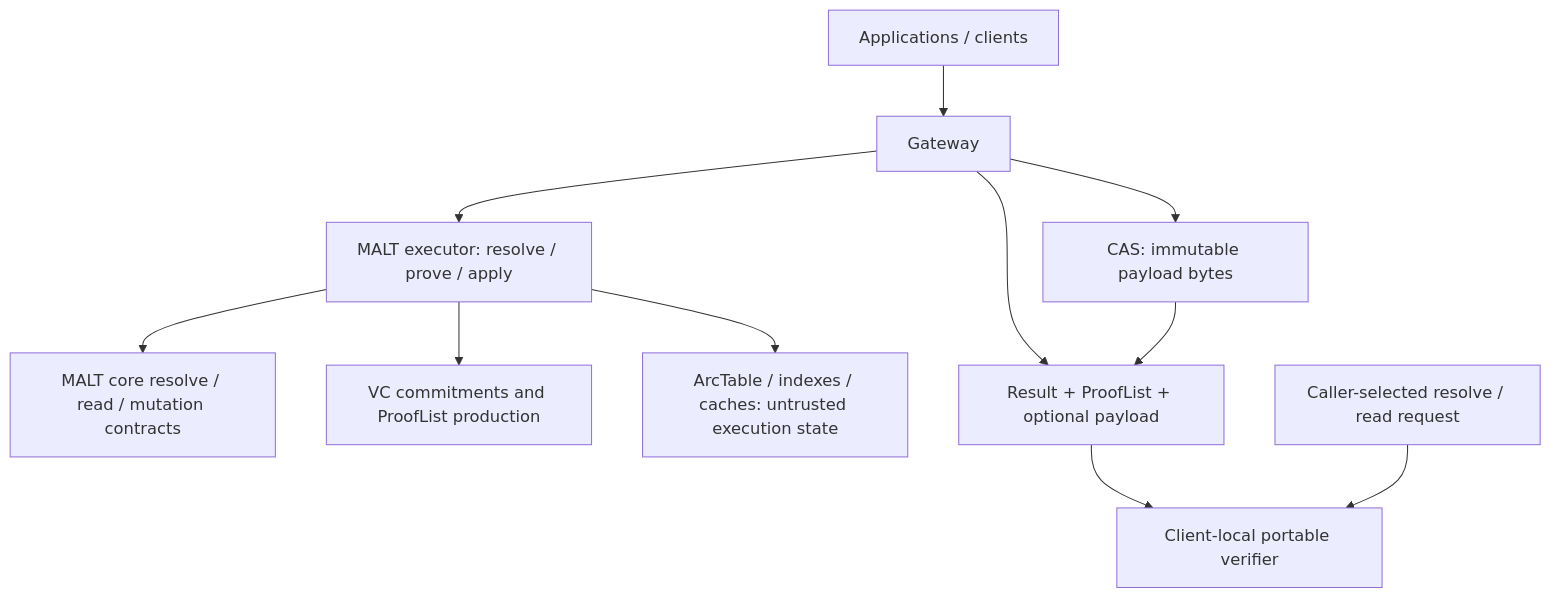
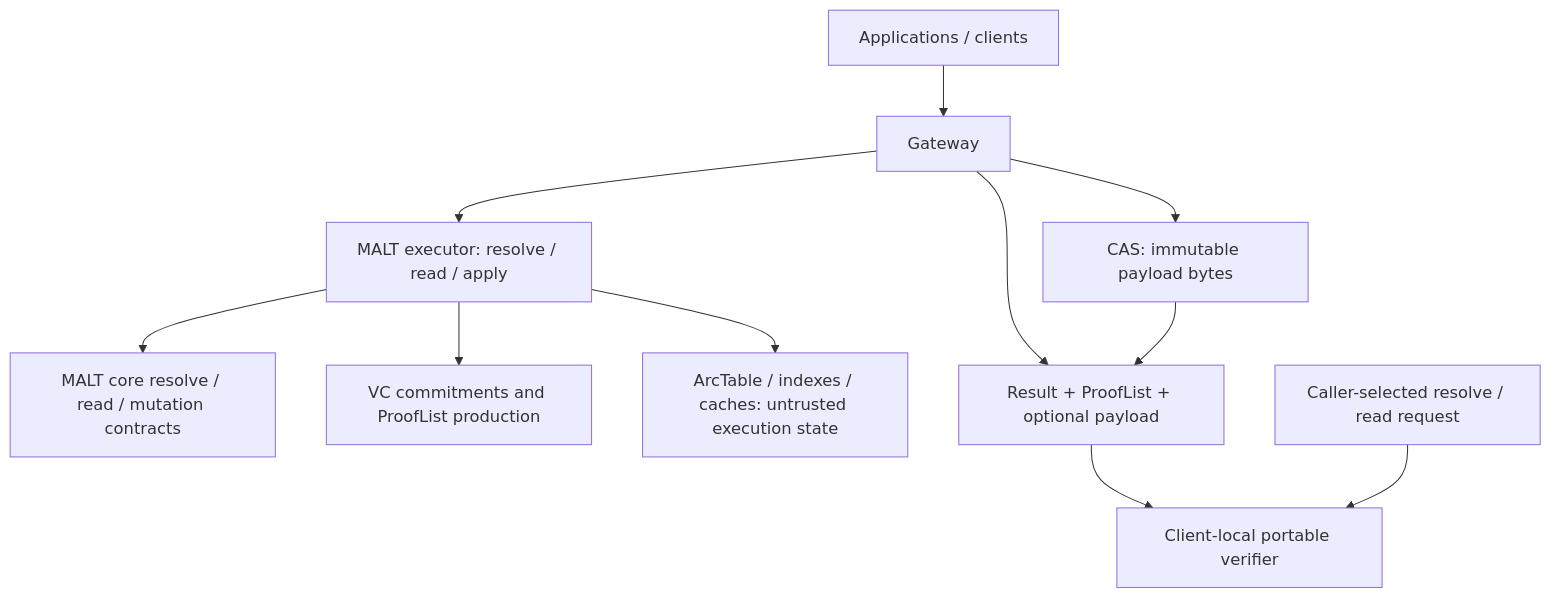
The first of 2 diagrams in profile/README.md (DeWebProtocol/.github), drawn with Mermaid before and after one commit. The commit also changed other lines of this file, not shown here.

Commit message:
docs: close resolve review drift

````diff
--- a/profile/README.md
+++ b/profile/README.md
@@ -122,13 +122,13 @@
 ```mermaid
 flowchart TB
   app["Applications / clients"] --> gateway["Gateway"]
-  gateway --> executor["MALT executor: resolve / prove / apply"]
+  gateway --> executor["MALT executor: resolve / read / apply"]
   executor --> core["MALT core resolve / read / mutation contracts"]
   gateway --> cas["CAS: immutable payload bytes"]
   executor --> vc["VC commitments and ProofList production"]
   executor --> materialized["ArcTable / indexes / caches: untrusted execution state"]
   gateway --> response["Result + ProofList + optional payload"]
   cas --> response
   response --> verifier["Client-local portable verifier"]
   root["Caller-selected resolve / read request"] --> verifier
 ```
````
